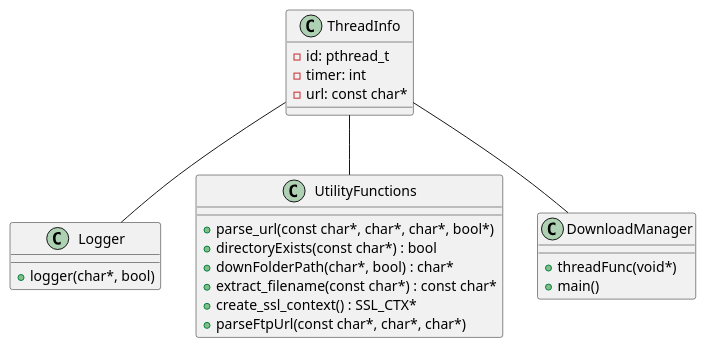
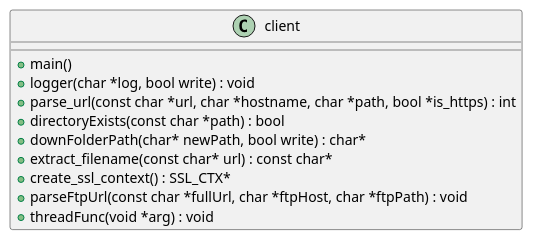
Before and after one commit to bluMister/semestralka: the diagram in semestralka.puml, drawn with PlantUML. The commit also changed 1 other file, not shown here.

Commit message:
aktualizácia UML a pridanie UML do dokumentácie

```diff
--- a/semestralka.puml
+++ b/semestralka.puml
@@ -1,32 +1,16 @@
 @startuml
 'class diagram
 
-class ThreadInfo {
-    - id: pthread_t
-    - timer: int
-    - url: const char*
+class client {
+    + main()
+    + logger(char *log, bool write) : void
+    + parse_url(const char *url, char *hostname, char *path, bool *is_https) : int
+    + directoryExists(const char *path) : bool
+    + downFolderPath(char* newPath, bool write) : char*
+    + extract_filename(const char* url) : const char*
+    + create_ssl_context() : SSL_CTX*
+    + parseFtpUrl(const char *fullUrl, char *ftpHost, char *ftpPath) : void
+    + threadFunc(void *arg) : void
 }
 
-class Logger {
-    + logger(char*, bool)
-}
-
-class UtilityFunctions {
-    + parse_url(const char*, char*, char*, bool*)
-    + directoryExists(const char*) : bool
-    + downFolderPath(char*, bool) : char*
-    + extract_filename(const char*) : const char*
-    + create_ssl_context() : SSL_CTX*
-    + parseFtpUrl(const char*, char*, char*)
-}
-
-class DownloadManager {
-    + threadFunc(void*)
-    + main()
-}
-
-ThreadInfo -- Logger
-ThreadInfo -- UtilityFunctions
-ThreadInfo -- DownloadManager
-
 @enduml
```
